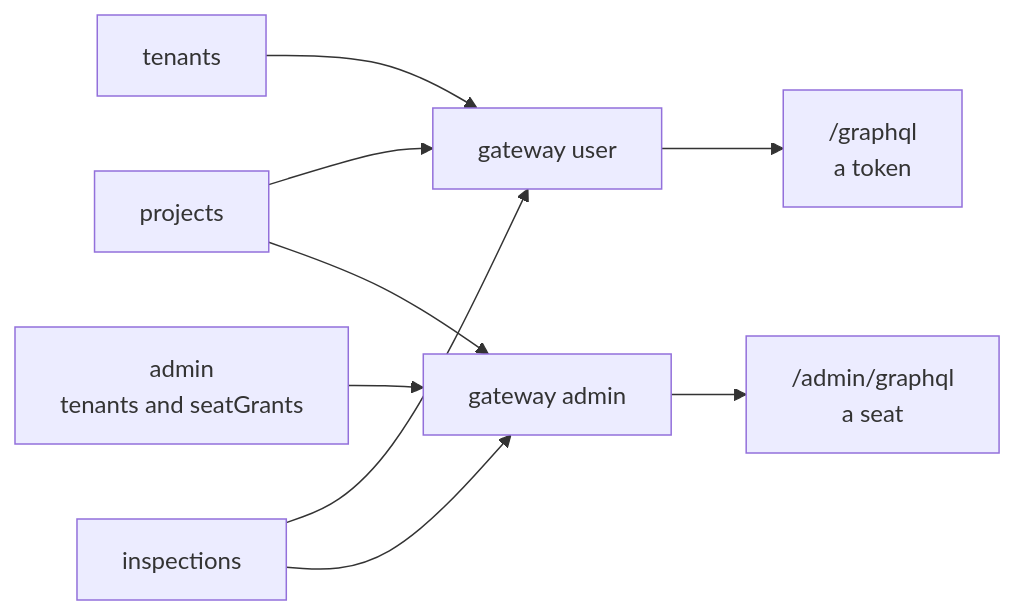
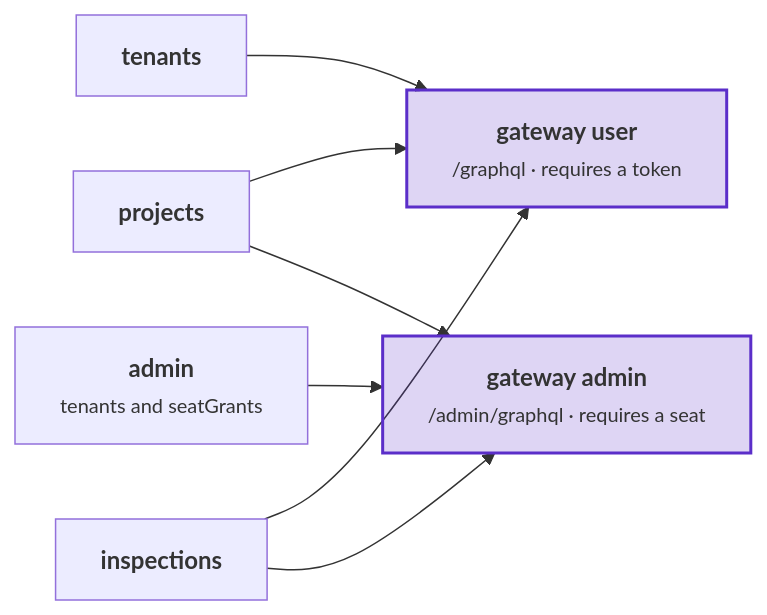
The fifth of 6 diagrams in docs/graphql.md (DylanSnel/DDDToolkit), drawn with Mermaid before and after one commit. The commit also changed other lines of this file and 41 other files, not shown here.

First line of the commit message:
Docs: plain prose, one word per concept, and readable diagrams on every page

````diff
--- a/docs/graphql.md
+++ b/docs/graphql.md
@@ -1649,11 +1727,17 @@
 ```mermaid
 flowchart LR
-    Tenants["tenants"] --> User["gateway user"]
-    Admin["admin<br/>tenants and seatGrants"] --> Office["gateway admin"]
-    Projects["projects"] --> User
-    Projects --> Office
-    Inspections["inspections"] --> User
-    Inspections --> Office
-    User --> UserEndpoint["/graphql<br/>a token"]
-    Office --> AdminEndpoint["/admin/graphql<br/>a seat"]
+    tenants["<b>tenants</b>"]
+    admin["<b>admin</b><br/><small>tenants and seatGrants</small>"]
+    projects["<b>projects</b>"]
+    inspections["<b>inspections</b>"]
+    user["<b>gateway user</b><br/><small>/graphql · requires a token</small>"]
+    office["<b>gateway admin</b><br/><small>/admin/graphql · requires a seat</small>"]
+    tenants --> user
+    projects --> user
+    inspections --> user
+    admin --> office
+    projects --> office
+    inspections --> office
+    classDef strong fill:#5b2ec933,stroke:#5b2ec9,stroke-width:2px
+    class user,office strong
 ```
````
